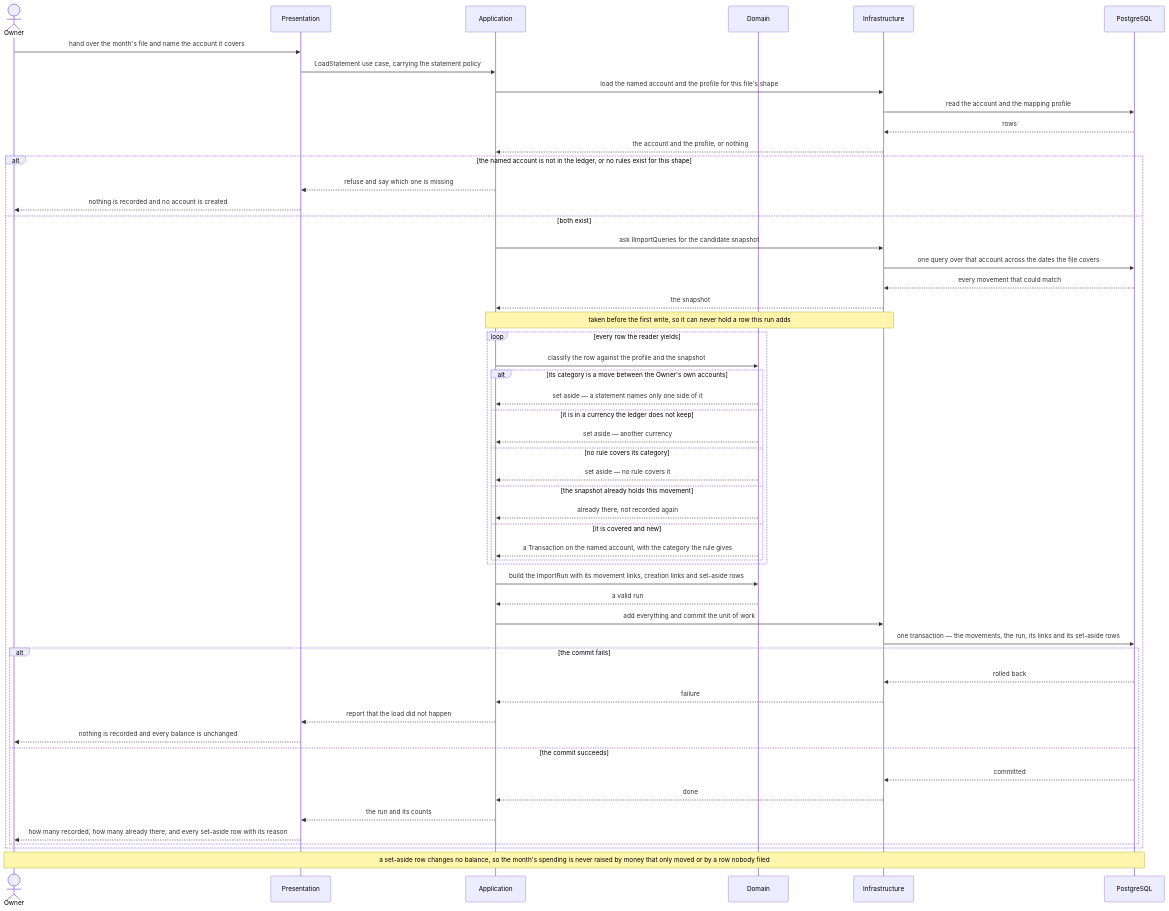
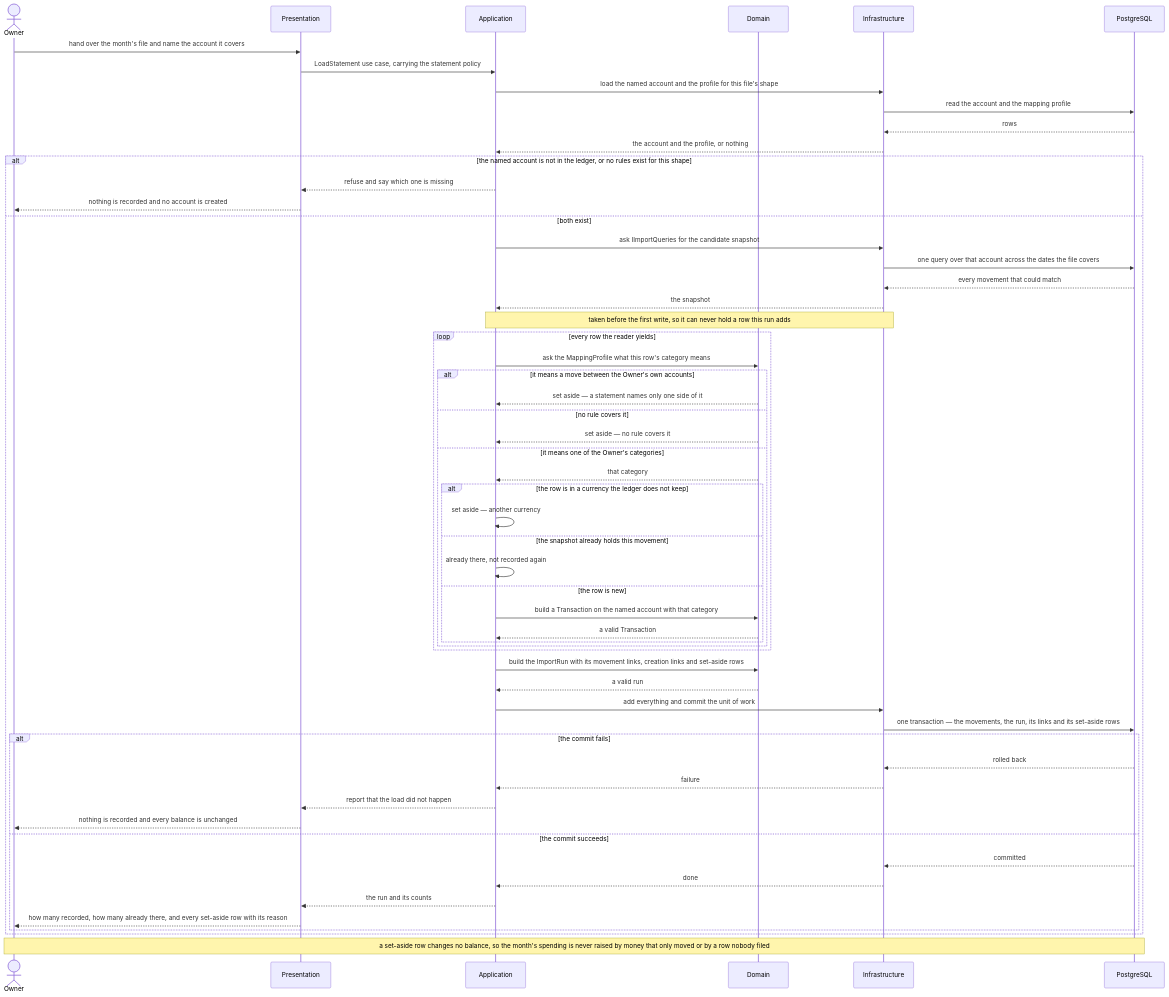
One commit to andrey-o-sim/FinNavis changed the fourth of 8 diagrams in docs/features/csv-import/sad.md. Above: the diagram before and after it, drawn with Mermaid. The commit also changed other lines of this file, not shown here.

Commit message:
03: sad finalization (critic pass) — index ownership, port name, ring split in flow 2, harness ownership, DI folder

````diff
--- a/docs/features/csv-import/sad.md
+++ b/docs/features/csv-import/sad.md
@@ -480,56 +485,60 @@
 ```mermaid
 sequenceDiagram
     actor Owner
     participant Pres as Presentation
     participant App as Application
     participant Dom as Domain
     participant Inf as Infrastructure
     participant PG as PostgreSQL
 
     Owner->>Pres: hand over the month's file and name the account it covers
     Pres->>App: LoadStatement use case, carrying the statement policy
     App->>Inf: load the named account and the profile for this file's shape
     Inf->>PG: read the account and the mapping profile
     PG-->>Inf: rows
     Inf-->>App: the account and the profile, or nothing
     alt the named account is not in the ledger, or no rules exist for this shape
         App-->>Pres: refuse and say which one is missing
         Pres-->>Owner: nothing is recorded and no account is created
     else both exist
         App->>Inf: ask IImportQueries for the candidate snapshot
         Inf->>PG: one query over that account across the dates the file covers
         PG-->>Inf: every movement that could match
         Inf-->>App: the snapshot
         Note over App,Inf: taken before the first write, so it can never hold a row this run adds
         loop every row the reader yields
-            App->>Dom: classify the row against the profile and the snapshot
-            alt its category is a move between the Owner's own accounts
+            App->>Dom: ask the MappingProfile what this row's category means
+            alt it means a move between the Owner's own accounts
                 Dom-->>App: set aside — a statement names only one side of it
-            else it is in a currency the ledger does not keep
-                Dom-->>App: set aside — another currency
-            else no rule covers its category
+            else no rule covers it
                 Dom-->>App: set aside — no rule covers it
-            else the snapshot already holds this movement
-                Dom-->>App: already there, not recorded again
-            else it is covered and new
-                Dom-->>App: a Transaction on the named account, with the category the rule gives
+            else it means one of the Owner's categories
+                Dom-->>App: that category
+                alt the row is in a currency the ledger does not keep
+                    App->>App: set aside — another currency
+                else the snapshot already holds this movement
+                    App->>App: already there, not recorded again
+                else the row is new
+                    App->>Dom: build a Transaction on the named account with that category
+                    Dom-->>App: a valid Transaction
+                end
             end
         end
         App->>Dom: build the ImportRun with its movement links, creation links and set-aside rows
         Dom-->>App: a valid run
         App->>Inf: add everything and commit the unit of work
         Inf->>PG: one transaction — the movements, the run, its links and its set-aside rows
         alt the commit fails
             PG-->>Inf: rolled back
             Inf-->>App: failure
             App-->>Pres: report that the load did not happen
             Pres-->>Owner: nothing is recorded and every balance is unchanged
         else the commit succeeds
             PG-->>Inf: committed
             Inf-->>App: done
             App-->>Pres: the run and its counts
             Pres-->>Owner: how many recorded, how many already there, and every set-aside row with its reason
         end
     end
     Note over Owner,PG: a set-aside row changes no balance, so the month's spending is never raised by money that only moved or by a row nobody filed
 ```
````
